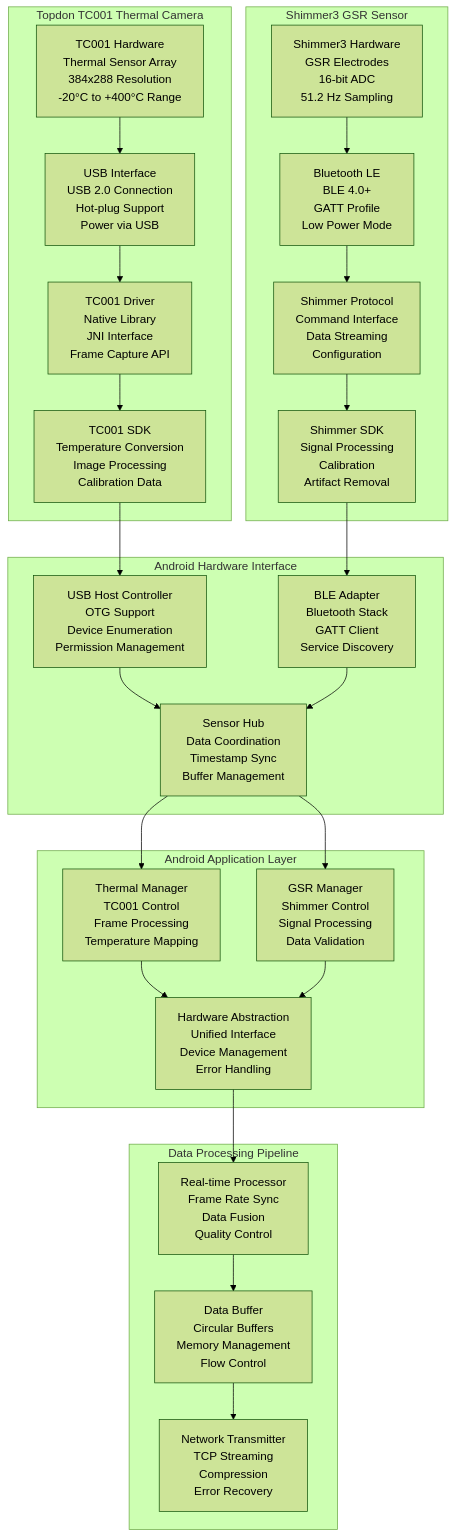
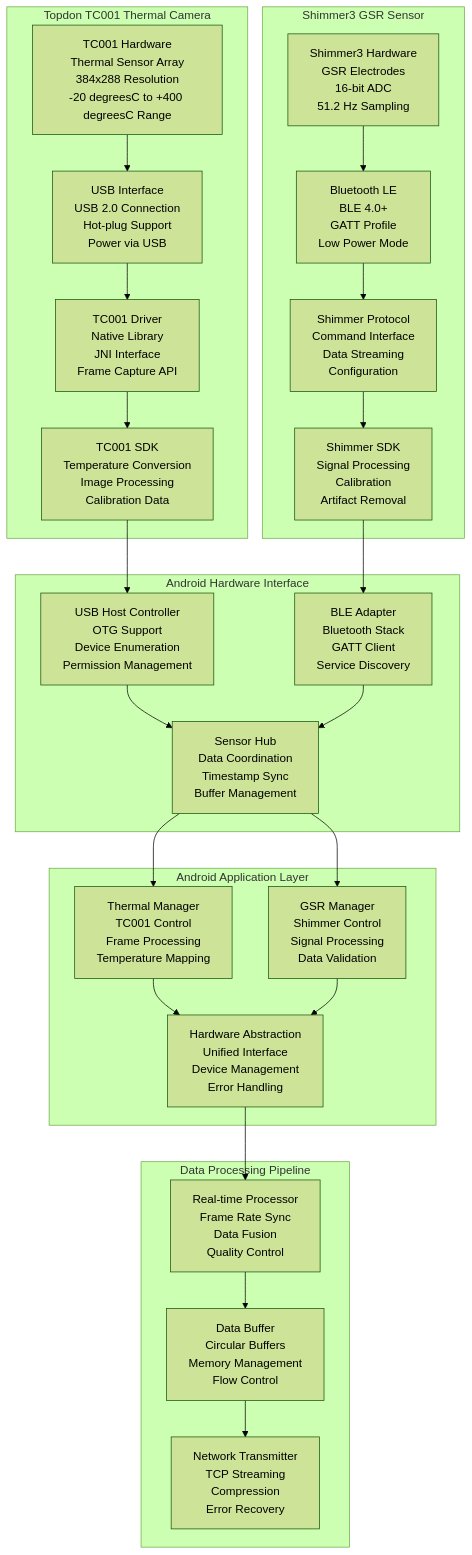
The tenth of 10 diagrams in docs/COMPREHENSIVE_ARCHITECTURE_DIAGRAMS.md (uclgsr/IRCamera), drawn with Mermaid (forest theme) before and after one commit. The commit also changed other lines of this file and 20 other files, not shown here.

````diff
--- a/docs/COMPREHENSIVE_ARCHITECTURE_DIAGRAMS.md
+++ b/docs/COMPREHENSIVE_ARCHITECTURE_DIAGRAMS.md
@@ -537,58 +537,58 @@
 ```mermaid
 graph TB
     subgraph "Topdon TC001 Thermal Camera"
-        TC001Hardware[TC001 Hardware<br/>Thermal Sensor Array<br/>384x288 Resolution<br/>-20°C to +400°C Range]
+        TC001Hardware[TC001 Hardware<br/>Thermal Sensor Array<br/>384x288 Resolution<br/>-20 degreesC to +400 degreesC Range]
         TC001USB[USB Interface<br/>USB 2.0 Connection<br/>Hot-plug Support<br/>Power via USB]
         TC001Driver[TC001 Driver<br/>Native Library<br/>JNI Interface<br/>Frame Capture API]
         TC001SDK[TC001 SDK<br/>Temperature Conversion<br/>Image Processing<br/>Calibration Data]
     end
     
     subgraph "Shimmer3 GSR Sensor"
         Shimmer3Hardware[Shimmer3 Hardware<br/>GSR Electrodes<br/>16-bit ADC<br/>51.2 Hz Sampling]
         Shimmer3BLE[Bluetooth LE<br/>BLE 4.0+<br/>GATT Profile<br/>Low Power Mode]
         Shimmer3Protocol[Shimmer Protocol<br/>Command Interface<br/>Data Streaming<br/>Configuration]
         Shimmer3SDK[Shimmer SDK<br/>Signal Processing<br/>Calibration<br/>Artifact Removal]
     end
     
     subgraph "Android Hardware Interface"
         USBHost[USB Host Controller<br/>OTG Support<br/>Device Enumeration<br/>Permission Management]
         BLEAdapter[BLE Adapter<br/>Bluetooth Stack<br/>GATT Client<br/>Service Discovery]
         SensorHub[Sensor Hub<br/>Data Coordination<br/>Timestamp Sync<br/>Buffer Management]
     end
     
     subgraph "Android Application Layer"
         ThermalManager[Thermal Manager<br/>TC001 Control<br/>Frame Processing<br/>Temperature Mapping]
         GSRManager[GSR Manager<br/>Shimmer Control<br/>Signal Processing<br/>Data Validation]
         HardwareAbstraction[Hardware Abstraction<br/>Unified Interface<br/>Device Management<br/>Error Handling]
     end
     
     subgraph "Data Processing Pipeline"
         RealTimeProcessor[Real-time Processor<br/>Frame Rate Sync<br/>Data Fusion<br/>Quality Control]
         DataBuffer[Data Buffer<br/>Circular Buffers<br/>Memory Management<br/>Flow Control]
         NetworkTransmitter[Network Transmitter<br/>TCP Streaming<br/>Compression<br/>Error Recovery]
     end
     
     TC001Hardware --> TC001USB
     TC001USB --> TC001Driver
     TC001Driver --> TC001SDK
     
     Shimmer3Hardware --> Shimmer3BLE
     Shimmer3BLE --> Shimmer3Protocol
     Shimmer3Protocol --> Shimmer3SDK
     
     TC001SDK --> USBHost
     USBHost --> SensorHub
     
     Shimmer3SDK --> BLEAdapter
     BLEAdapter --> SensorHub
     
     SensorHub --> ThermalManager
     SensorHub --> GSRManager
     
     ThermalManager --> HardwareAbstraction
     GSRManager --> HardwareAbstraction
     
     HardwareAbstraction --> RealTimeProcessor
     RealTimeProcessor --> DataBuffer
     DataBuffer --> NetworkTransmitter
 ```
````
